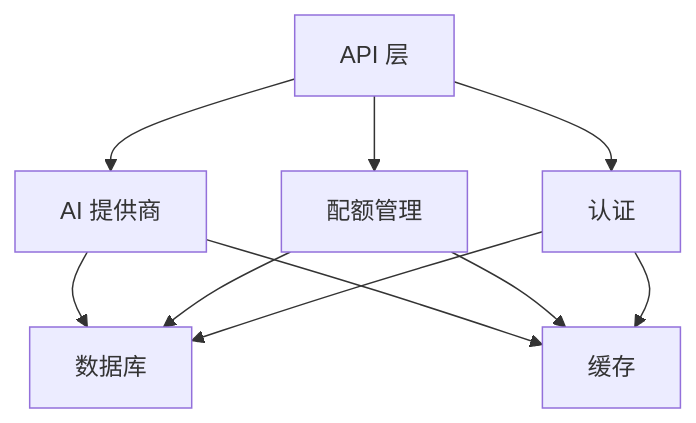
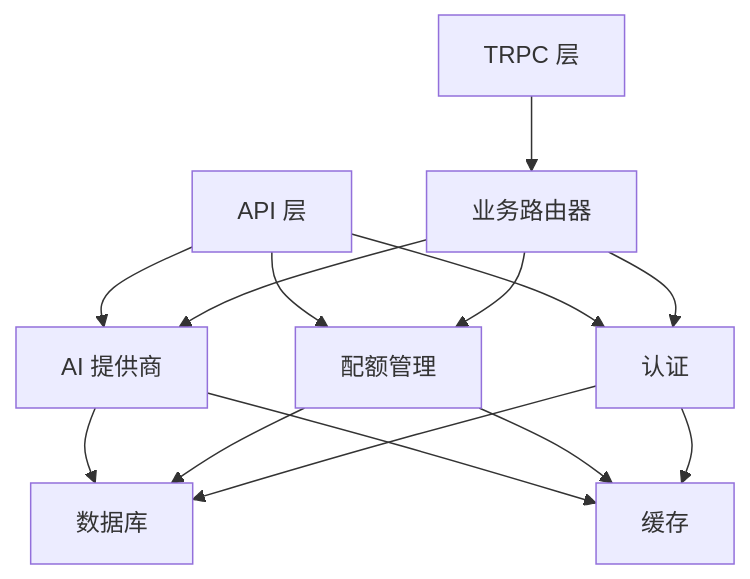
Before and after one commit to RadiumAg/AIGate: diagram 12 of 12 in .qoder/repowiki/zh/content/OpenAI 兼容聊天完成 API.md, drawn with Mermaid. The commit also changed other lines of this file and 9 other files, not shown here.

````diff
--- a/.qoder/repowiki/zh/content/OpenAI 兼容聊天完成 API.md
+++ b/.qoder/repowiki/zh/content/OpenAI 兼容聊天完成 API.md
@@ -446,12 +866,16 @@
 ```mermaid
 graph TD
 API[API 层] --> Providers[AI 提供商]
 API --> Quota[配额管理]
 API --> Auth[认证]
 Providers --> Database[数据库]
 Providers --> Redis[缓存]
 Quota --> Redis
 Quota --> Database
 Auth --> Database
 Auth --> Redis
+TRPC[TRPC 层] --> Routers[业务路由器]
+Routers --> Providers
+Routers --> Quota
+Routers --> Auth
 ```
````
